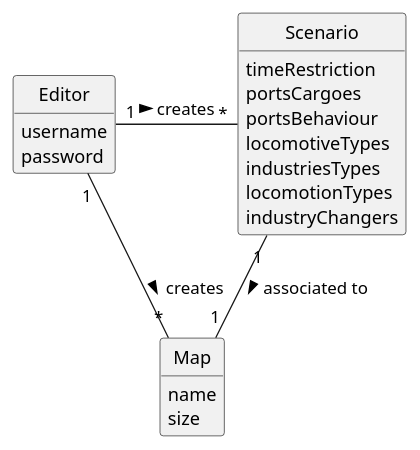
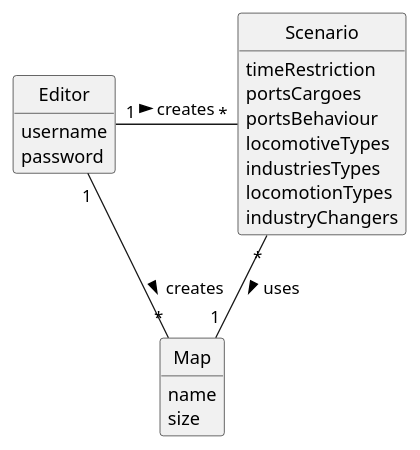
The diagram in docsFinais/US004/02.analysis/puml/US004-DM.puml (1240935/pi2-railway-simulator), drawn with PlantUML before and after one commit. The commit also changed 31 other files, not shown here.

```diff
--- a/docsFinais/US004/02.analysis/puml/US004-DM.puml
+++ b/docsFinais/US004/02.analysis/puml/US004-DM.puml
@@ -1,36 +1,36 @@
 @startuml
 skinparam monochrome true
 skinparam packageStyle rectangle
 skinparam shadowing false
 'skinparam linetype ortho
 'left to right direction
 skinparam classAttributeIconSize 0
 hide circle
 hide methods
 
 
 class Map {
     name
     size
 }
 
 class Scenario {
     timeRestriction
     portsCargoes
     portsBehaviour
     locomotiveTypes
     industriesTypes
     locomotionTypes
     industryChangers
 }
 
 class Editor {
     username
     password
 }
 
 Editor "1" - "*" Map : creates >
 Editor "1" - "*" Scenario : creates >
-Scenario "1" -- "1" Map : associated to >
+Scenario "*" -- "1" Map : uses >
 
 @enduml
```
